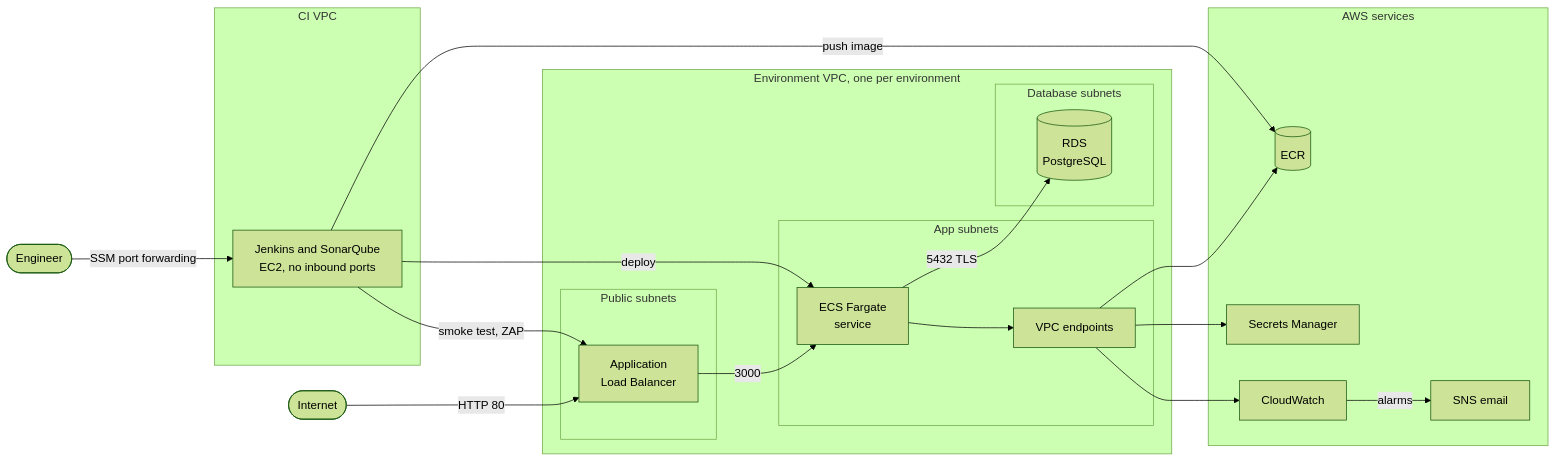
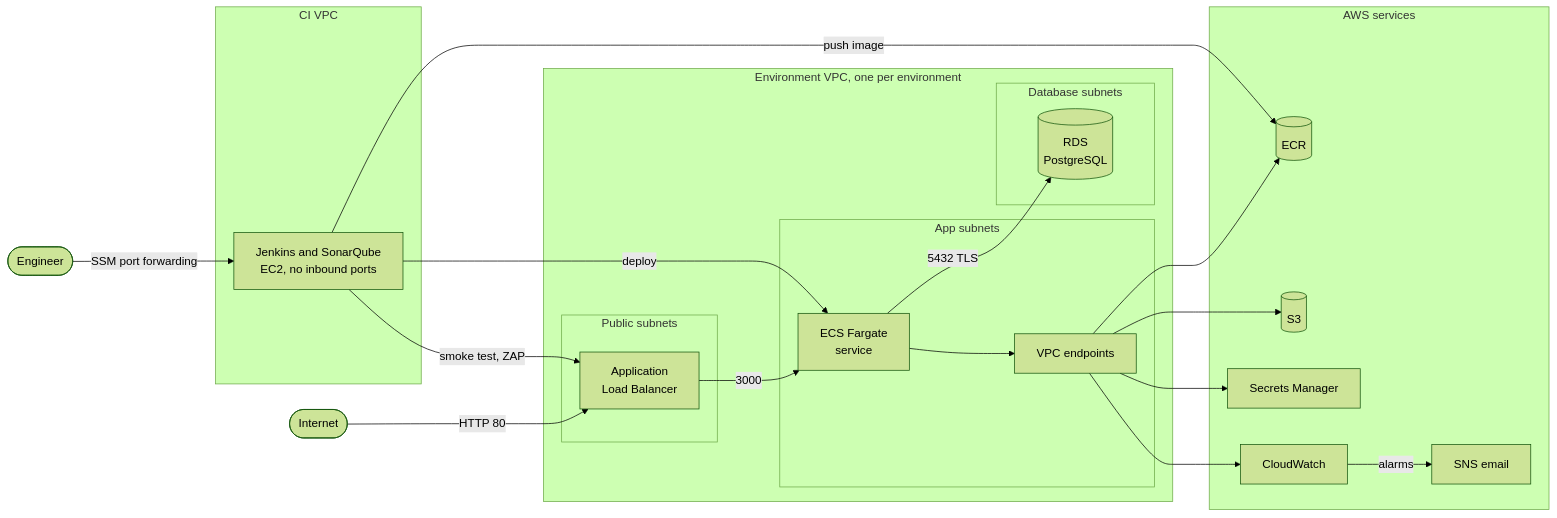
One commit to tomasghilino/jenkins-secure-pipeline changed the first of 2 diagrams in README.md. Above: the diagram before and after it, drawn with Mermaid (forest theme). The commit also changed other lines of this file, not shown here.

````diff
--- a/README.md
+++ b/README.md
@@ -23,36 +23,38 @@
 ```mermaid
 flowchart LR
     internet([Internet]) -->|HTTP 80| alb
     engineer([Engineer]) -->|SSM port forwarding| jenkins
     subgraph ci [CI VPC]
         jenkins[Jenkins and SonarQube<br/>EC2, no inbound ports]
     end
     subgraph env [Environment VPC, one per environment]
         subgraph public [Public subnets]
             alb[Application<br/>Load Balancer]
         end
         subgraph app [App subnets]
             service[ECS Fargate<br/>service]
             endpoints[VPC endpoints]
         end
         subgraph db [Database subnets]
             rds[(RDS<br/>PostgreSQL)]
         end
     end
     subgraph aws [AWS services]
         ecr[(ECR)]
+        s3[(S3)]
         secrets[Secrets Manager]
         cloudwatch[CloudWatch]
         sns[SNS email]
     end
     alb -->|3000| service
     service -->|5432 TLS| rds
     service --> endpoints
     endpoints --> ecr
+    endpoints --> s3
     endpoints --> secrets
     endpoints --> cloudwatch
     cloudwatch -->|alarms| sns
     jenkins -->|push image| ecr
     jenkins -->|deploy| service
     jenkins -->|smoke test, ZAP| alb
 ```
````
